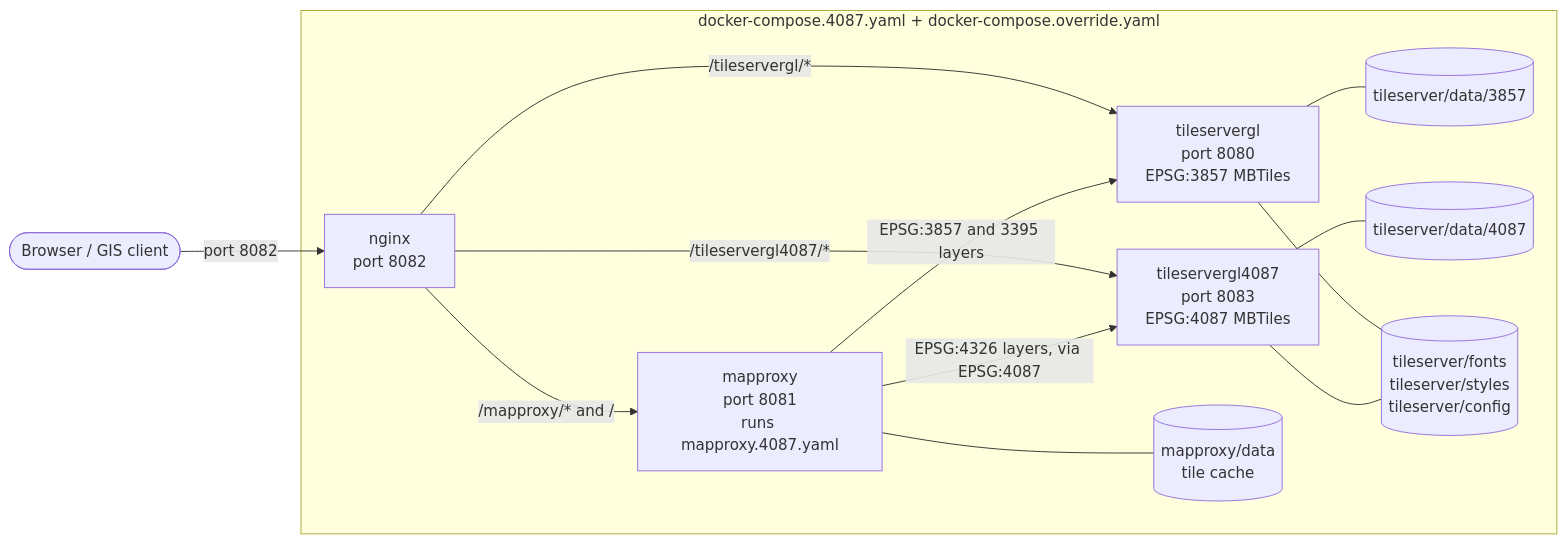
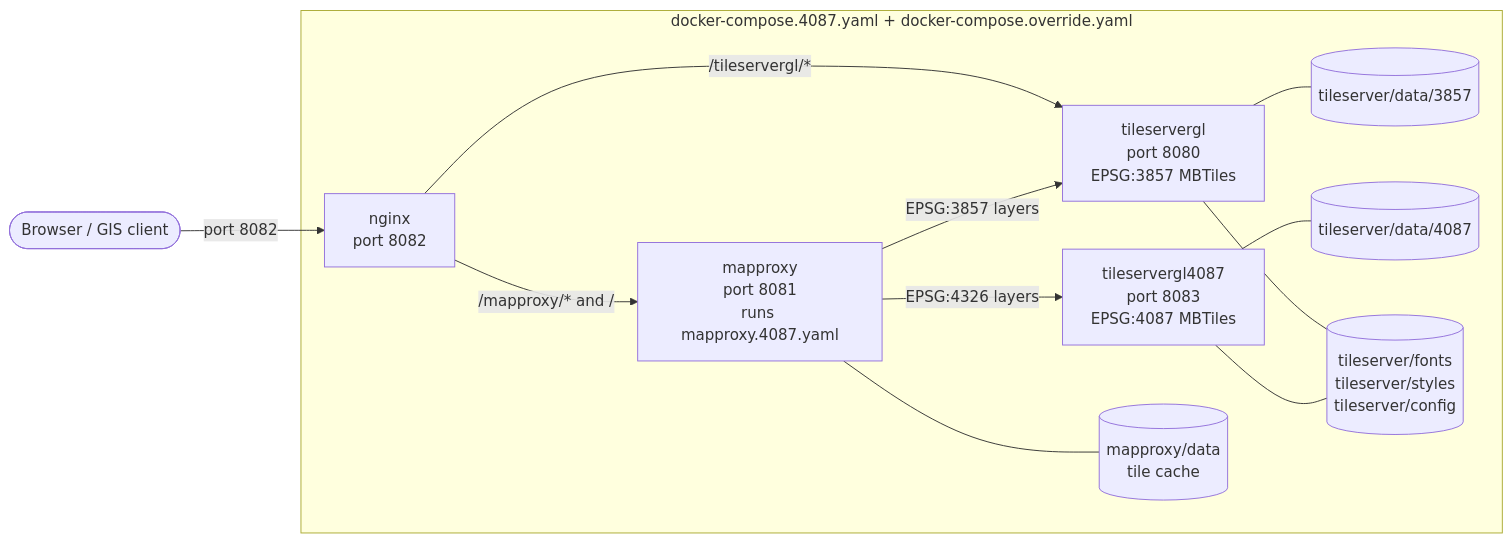
One commit to ReleasableBasemapTiles/rbt-local changed the third of 4 diagrams in README.md. Above: the diagram before and after it, drawn with Mermaid. The commit also changed other lines of this file, not shown here.

Commit message:
Update README.md to clarify EPSG layer mappings in flowchart
Refine the flowchart in the README to accurately represent the layer mappings for EPSG:3857 and EPSG:4326, removing redundant references to EPSG:3395 and ensuring clarity in the deployment options. This change enhances the documentation's accuracy regarding the interactions between MapProxy and TileserverGL.

````diff
--- a/README.md
+++ b/README.md
@@ -116,27 +116,26 @@
 ```mermaid
 flowchart LR
   client(["Browser / GIS client"])
 
   subgraph stack["docker-compose.4087.yaml + docker-compose.override.yaml"]
     nginx["nginx<br/>port 8082"]
     mapproxy["mapproxy<br/>port 8081<br/>runs mapproxy.4087.yaml"]
     tileservergl["tileservergl<br/>port 8080<br/>EPSG:3857 MBTiles"]
     tileservergl4087["tileservergl4087<br/>port 8083<br/>EPSG:4087 MBTiles"]
     tilecache[("mapproxy/data<br/>tile cache")]
     mbtiles3857[("tileserver/data/3857")]
     mbtiles4087[("tileserver/data/4087")]
     shared[("tileserver/fonts<br/>tileserver/styles<br/>tileserver/config")]
   end
 
   client -->|"port 8082"| nginx
   nginx -->|"/mapproxy/* and /"| mapproxy
   nginx -->|"/tileservergl/*"| tileservergl
-  nginx -->|"/tileservergl4087/*"| tileservergl4087
-  mapproxy -->|"EPSG:3857 and 3395 layers"| tileservergl
-  mapproxy -->|"EPSG:4326 layers, via EPSG:4087"| tileservergl4087
+  mapproxy -->|"EPSG:3857 layers"| tileservergl
+  mapproxy -->|"EPSG:4326 layers"| tileservergl4087
   mapproxy --- tilecache
   tileservergl --- mbtiles3857
   tileservergl4087 --- mbtiles4087
   tileservergl --- shared
   tileservergl4087 --- shared
 ```
````
